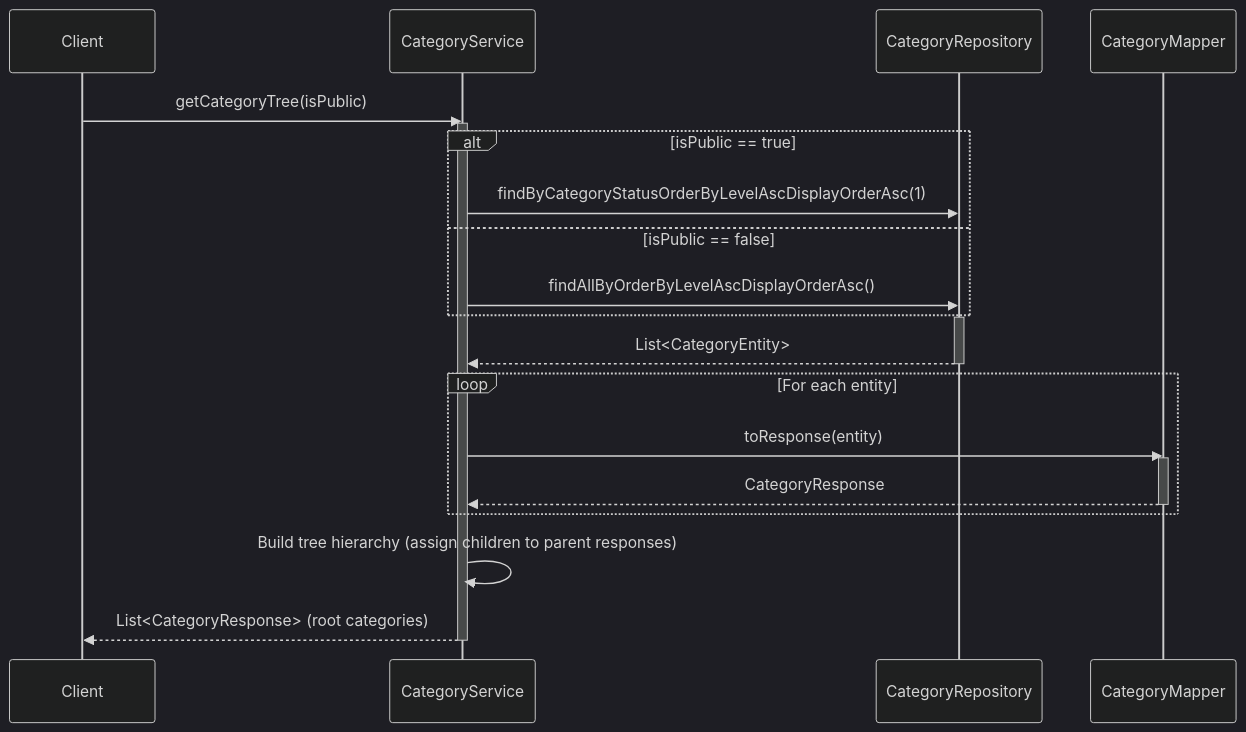
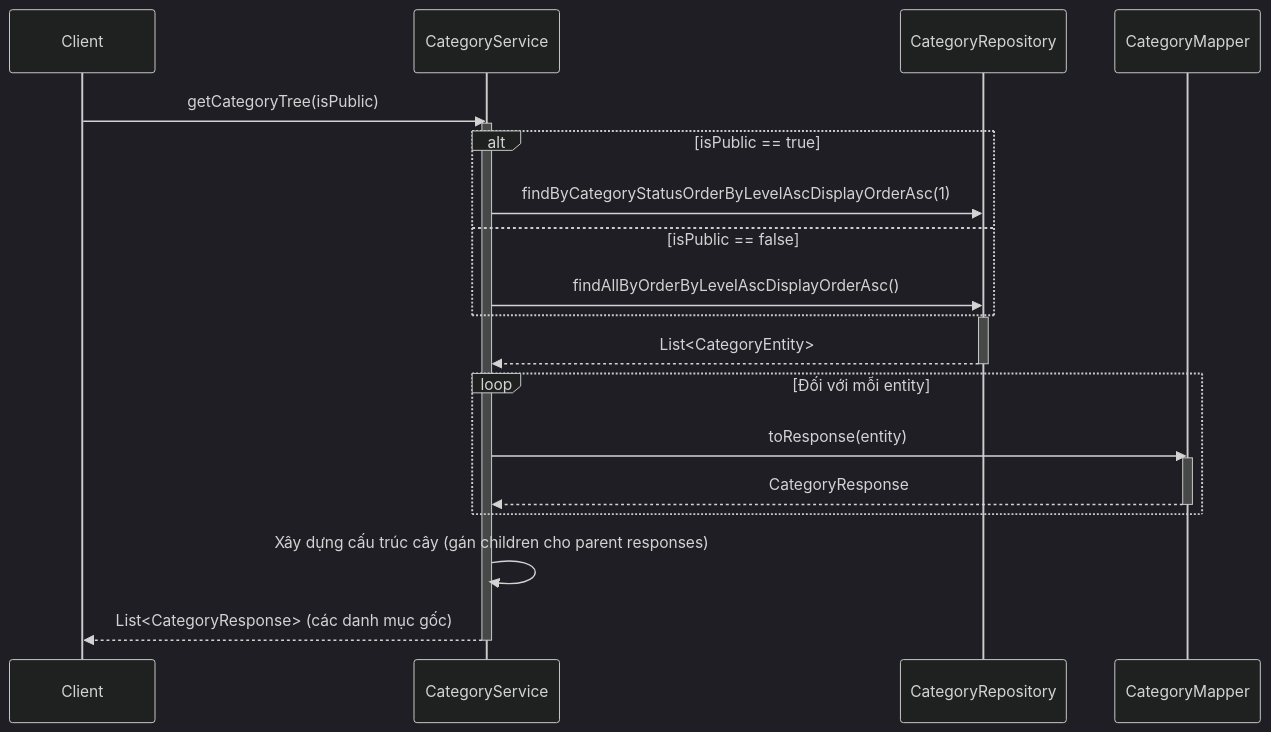
Before and after one commit to aquoc09/easymall: the first of 4 diagrams in .agent/sequence/category_service_sequence_diagrams.md, drawn with Mermaid (dark theme). The commit also changed other lines of this file and 18 other files, not shown here.

Commit message:
UPDATE: Sequence diagram vietnamese

````diff
--- a/.agent/sequence/category_service_sequence_diagrams.md
+++ b/.agent/sequence/category_service_sequence_diagrams.md
@@ -7,32 +7,32 @@
 ```mermaid
 sequenceDiagram
     participant Client
     participant CategoryService
     participant CategoryRepository
     participant CategoryMapper
 
     Client->>CategoryService: getCategoryTree(isPublic)
     activate CategoryService
     
     alt isPublic == true
         CategoryService->>CategoryRepository: findByCategoryStatusOrderByLevelAscDisplayOrderAsc(1)
     else isPublic == false
         CategoryService->>CategoryRepository: findAllByOrderByLevelAscDisplayOrderAsc()
     end
     
     activate CategoryRepository
     CategoryRepository-->>CategoryService: List<CategoryEntity>
     deactivate CategoryRepository
 
-    loop For each entity
+    loop Đối với mỗi entity
         CategoryService->>CategoryMapper: toResponse(entity)
         activate CategoryMapper
         CategoryMapper-->>CategoryService: CategoryResponse
         deactivate CategoryMapper
     end
     
-    CategoryService->>CategoryService: Build tree hierarchy (assign children to parent responses)
+    CategoryService->>CategoryService: Xây dựng cấu trúc cây (gán children cho parent responses)
 
-    CategoryService-->>Client: List<CategoryResponse> (root categories)
+    CategoryService-->>Client: List<CategoryResponse> (các danh mục gốc)
     deactivate CategoryService
 ```
````
